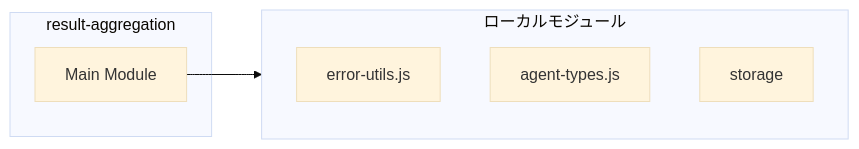
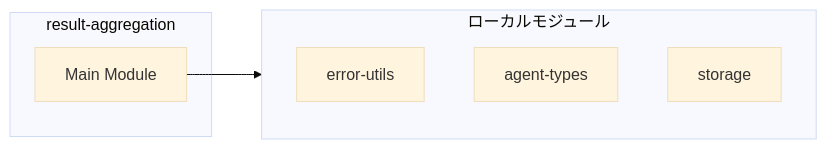
Before and after one commit to Mekann2904/mekann: the first of 3 diagrams in ABDD/.pi/extensions/agent-teams/result-aggregation.md, drawn with Mermaid (base theme). The commit also changed other lines of this file and 174 other files, not shown here.

First line of the commit message:
fix(docs): ABDDのMermaid図生成エラーを修正する

````diff
--- a/ABDD/.pi/extensions/agent-teams/result-aggregation.md
+++ b/ABDD/.pi/extensions/agent-teams/result-aggregation.md
@@ -39,12 +39,12 @@
 ```mermaid
 flowchart LR
   subgraph this[result-aggregation]
     main[Main Module]
   end
   subgraph local[ローカルモジュール]
-    error_utils_js["error-utils.js"]
-    agent_types_js["agent-types.js"]
+    error_utils["error-utils"]
+    agent_types["agent-types"]
     storage["storage"]
   end
   main --> local
 ```
````
